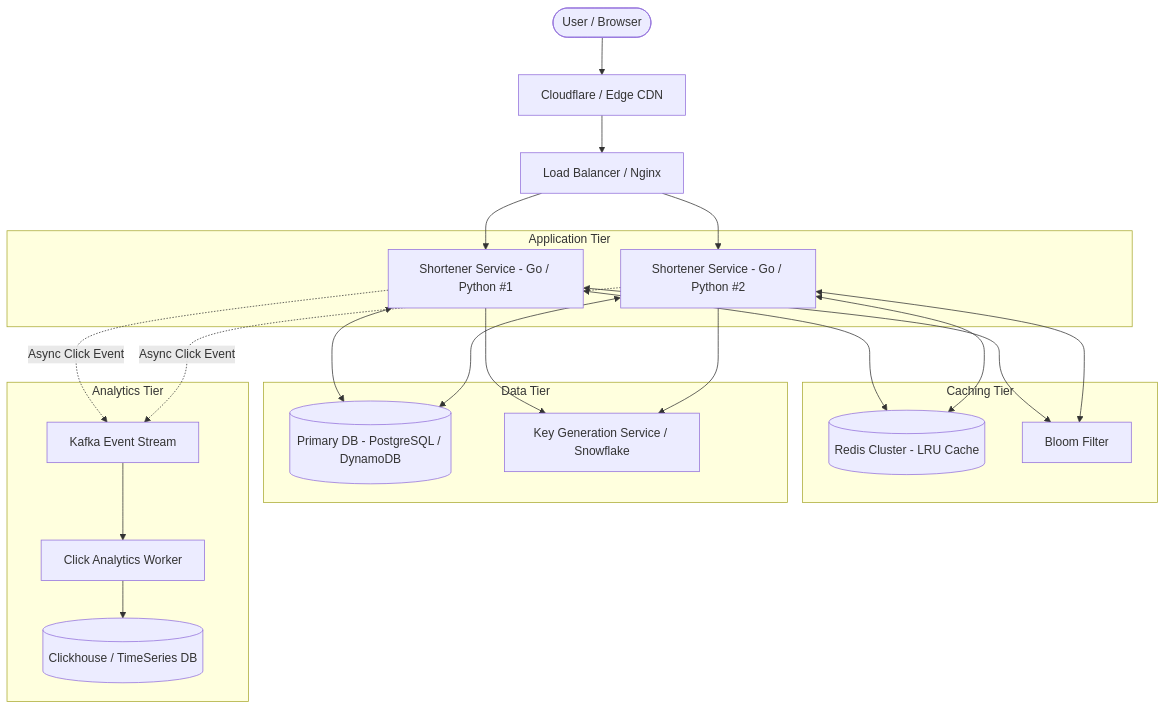
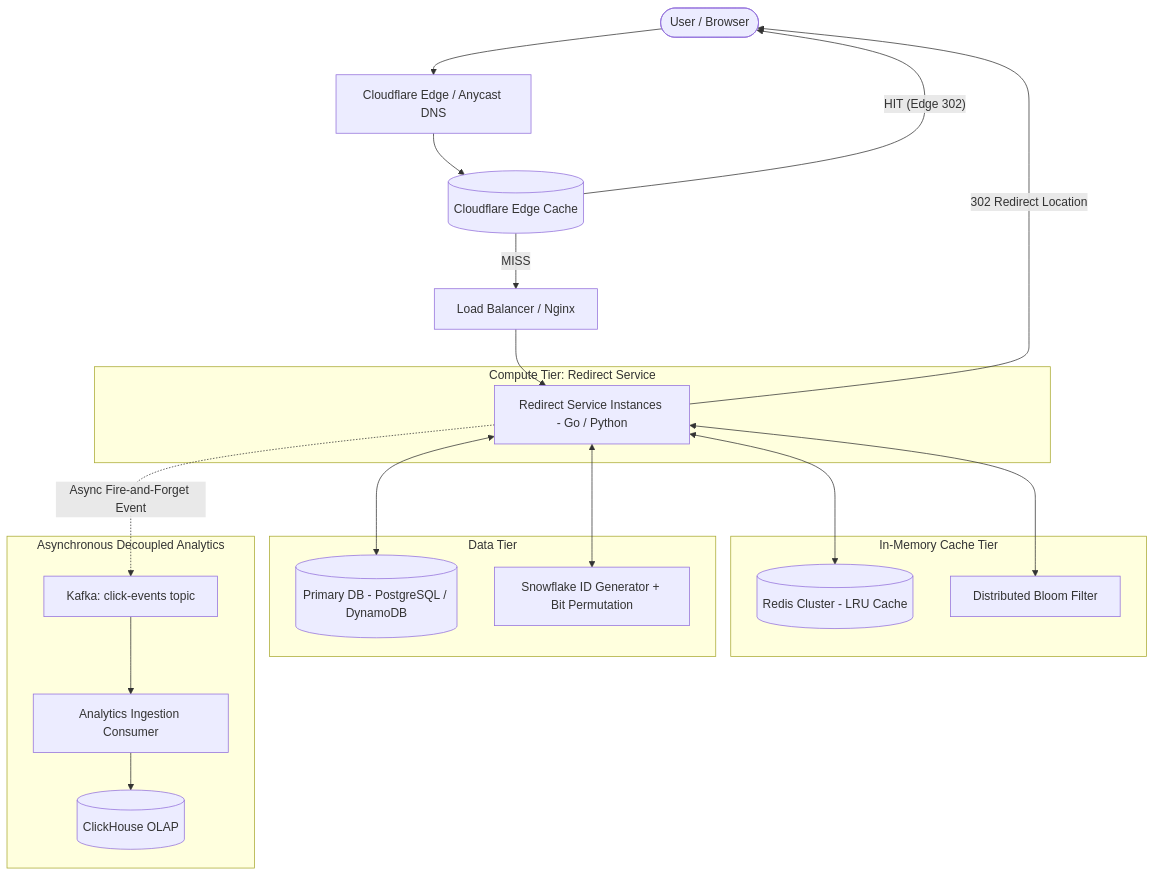
The diagram in systems/01-url-shortener/README.md (asheeshsahu7300/system-design), drawn with Mermaid before and after one commit. The commit also changed other lines of this file and 3 other files, not shown here.

````diff
--- a/systems/01-url-shortener/README.md
+++ b/systems/01-url-shortener/README.md
@@ -59,37 +63,43 @@
 ```mermaid
 flowchart TD
     User([User / Browser])
-    CDN[Cloudflare / Edge CDN]
+    Cloudflare[Cloudflare Edge / Anycast DNS]
+    EdgeCache[(Cloudflare Edge Cache)]
     LB[Load Balancer / Nginx]
     
-    subgraph Application Tier
-        API1[Shortener Service - Go / Python #1]
-        API2[Shortener Service - Go / Python #2]
+    subgraph Compute Tier: Redirect Service
+        API[Redirect Service Instances - Go / Python]
     end
     
-    subgraph Caching Tier
+    subgraph In-Memory Cache Tier
         Redis[(Redis Cluster - LRU Cache)]
-        Bloom[Bloom Filter]
+        Bloom[Distributed Bloom Filter]
     end
     
     subgraph Data Tier
         DB[(Primary DB - PostgreSQL / DynamoDB)]
-        KGS[Key Generation Service / Snowflake]
+        IDGen[Snowflake ID Generator + Bit Permutation]
     end
     
-    subgraph Analytics Tier
-        Kafka[Kafka Event Stream]
-        AnalyticsWorker[Click Analytics Worker]
-        ClickDB[(Clickhouse / TimeSeries DB)]
+    subgraph Asynchronous Decoupled Analytics
+        Kafka[Kafka: click-events topic]
+        Worker[Analytics Ingestion Consumer]
+        ClickDB[(ClickHouse OLAP)]
     end
 
-    User --> CDN
-    CDN --> LB
-    LB --> API1 & API2
-    API1 & API2 <--> Bloom
-    API1 & API2 <--> Redis
-    API1 & API2 <--> DB
-    API1 & API2 --> KGS
-    API1 & API2 -. Async Click Event .-> Kafka
-    Kafka --> AnalyticsWorker --> ClickDB
+    User --> Cloudflare
+    Cloudflare --> EdgeCache
+    EdgeCache -- "HIT (Edge 302)" --> User
+    EdgeCache -- "MISS" --> LB --> API
+
+    %% Critical Path
+    API <--> Bloom
+    API <--> Redis
+    API <--> DB
+    API <--> IDGen
+    API -->|302 Redirect Location| User
+
+    %% Fully Decoupled Async Path (Zero latency impact on redirect)
+    API -. "Async Fire-and-Forget Event" .-> Kafka
+    Kafka --> Worker --> ClickDB
 ```
````
